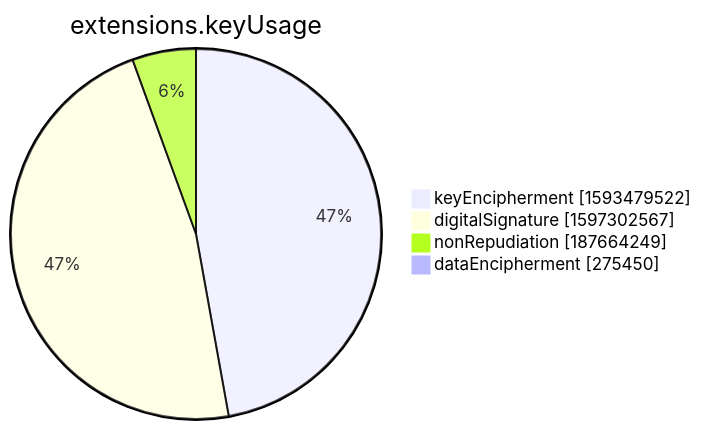
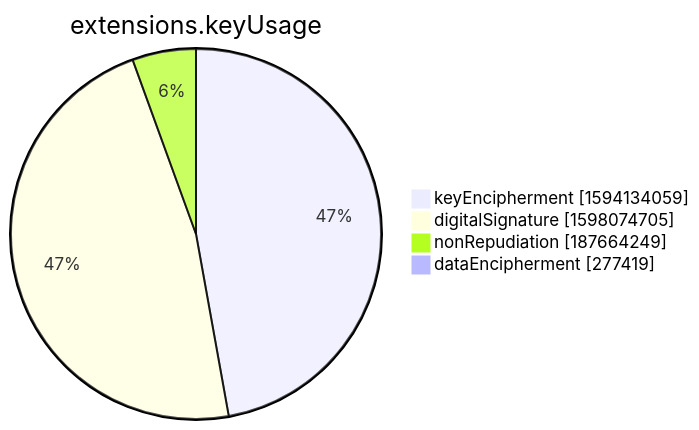
One commit to christiankrug/ctmonitor_visualization changed the seventh of 15 diagrams in xenon2022/README.md. Above: the diagram before and after it, drawn with Mermaid. The commit also changed other lines of this file, not shown here.

````diff
--- a/xenon2022/README.md
+++ b/xenon2022/README.md
@@ -2854,8 +2854,8 @@
 ```mermaid
 pie showData
 title extensions.keyUsage
-"keyEncipherment" :1593479522
-"digitalSignature" :1597302567
+"keyEncipherment" :1594134059
+"digitalSignature" :1598074705
 "nonRepudiation" :187664249
-"dataEncipherment" :275450
+"dataEncipherment" :277419
 ```
````
